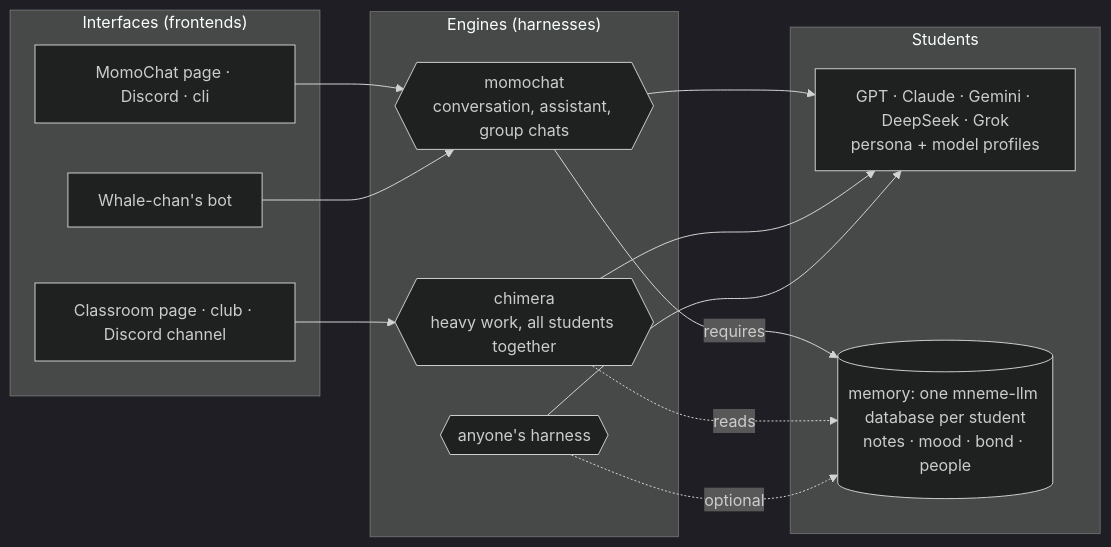
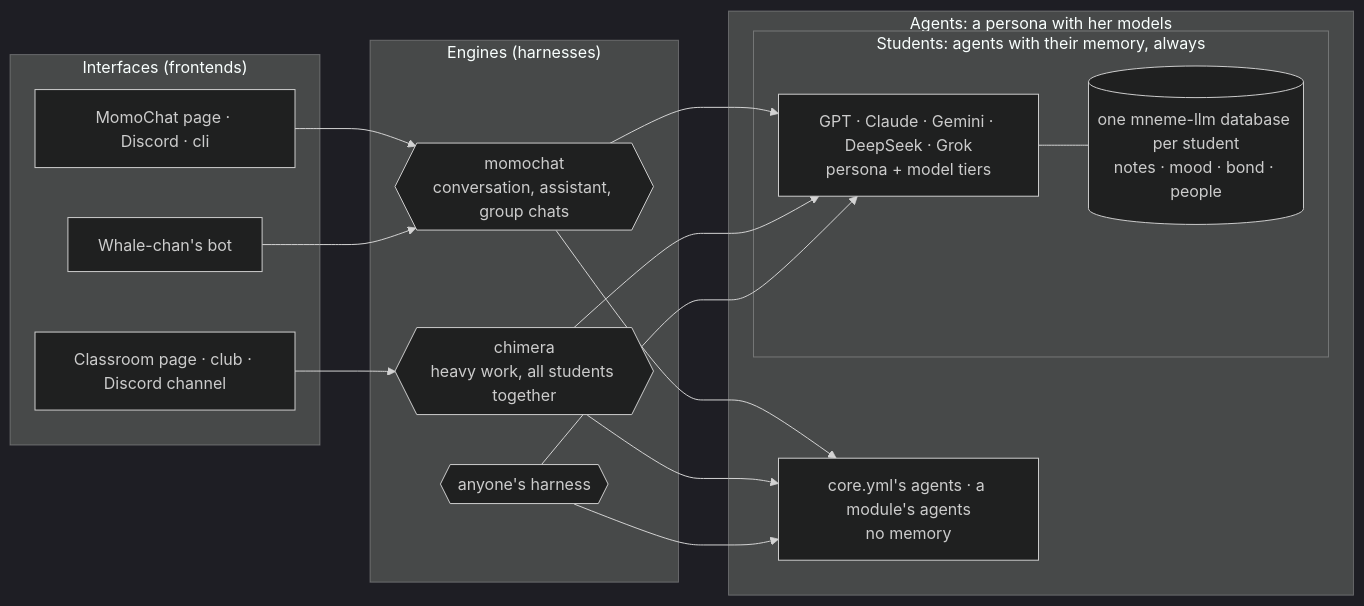
Before and after one commit to RustColeone/DiscordStudyBot: the diagram in docs/DESIGN.md, drawn with Mermaid (dark theme). The commit also changed other lines of this file and 7 other files, not shown here.

Commit message:
Design notes: agents and students, MomoChat and Chimera built; docs follow the new names

````diff
--- a/docs/DESIGN.md
+++ b/docs/DESIGN.md
@@ -14,26 +14,30 @@
 ```mermaid
 flowchart LR
     subgraph I["Interfaces (frontends)"]
         MC["MomoChat page · Discord · cli"]
         WC["Whale-chan's bot"]
         CL["Classroom page · club · Discord channel"]
     end
     subgraph E["Engines (harnesses)"]
         MO{{"momochat<br/>conversation, assistant, group chats"}}
         CH{{"chimera<br/>heavy work, all students together"}}
         OT{{"anyone's harness"}}
     end
-    subgraph S["Students"]
-        ST["GPT · Claude · Gemini · DeepSeek · Grok<br/>persona + model profiles"]
-        ME[("memory: one mneme-llm database per student<br/>notes · mood · bond · people")]
+    subgraph A["Agents: a persona with her models"]
+        AG["core.yml's agents · a module's agents<br/>no memory"]
+        subgraph S["Students: agents with their memory, always"]
+            ST["GPT · Claude · Gemini · DeepSeek · Grok<br/>persona + model tiers"]
+            ME[("one mneme-llm database per student<br/>notes · mood · bond · people")]
+        end
     end
     MC --> MO
     WC --> MO
     CL --> CH
     MO --> ST
+    MO --> AG
     CH --> ST
+    CH --> AG
+    OT --> AG
     OT --> ST
-    MO -->|requires| ME
-    CH -.->|reads| ME
-    OT -.->|optional| ME
+    ST --- ME
 ```
````
